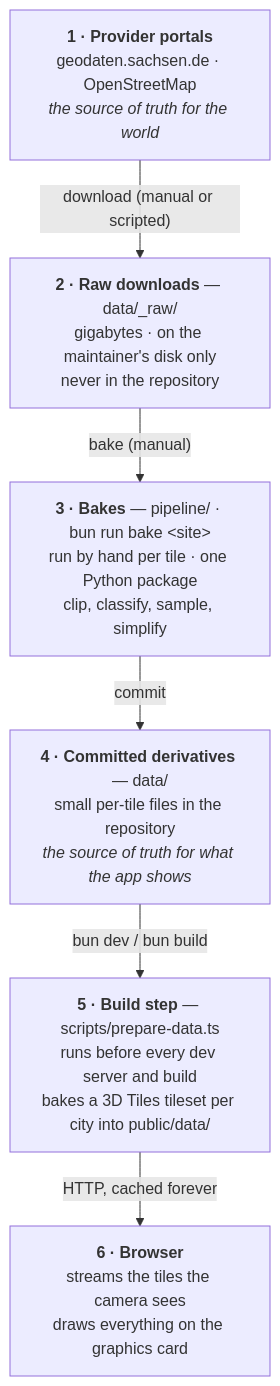
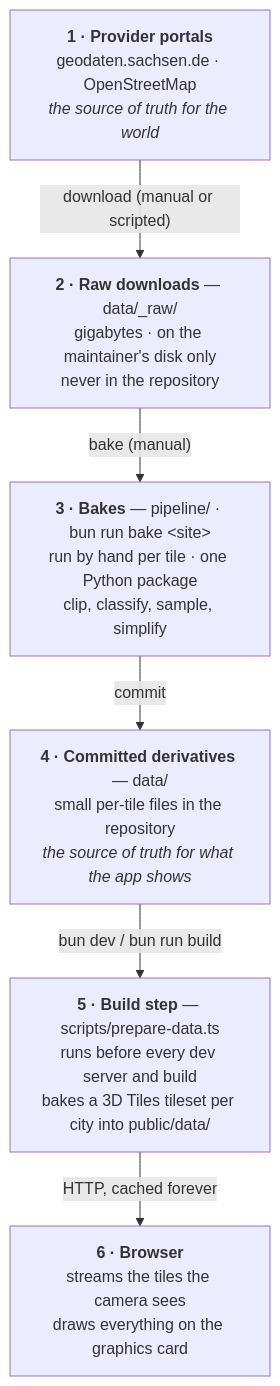
The first of 2 diagrams in docs/guide/en/data-journey.md (mdugue/bridge), drawn with Mermaid before and after one commit. The commit also changed other lines of this file and 37 other files, not shown here.

````diff
--- a/docs/guide/en/data-journey.md
+++ b/docs/guide/en/data-journey.md
@@ -13,14 +13,14 @@
 ```mermaid
 flowchart TB
   S1["<b>1 · Provider portals</b><br/>geodaten.sachsen.de · OpenStreetMap<br/><i>the source of truth for the world</i>"]
   S2["<b>2 · Raw downloads</b> — data/_raw/<br/>gigabytes · on the maintainer's disk only<br/>never in the repository"]
   S3["<b>3 · Bakes</b> — pipeline/ · bun run bake &lt;site&gt;<br/>run by hand per tile · one Python package<br/>clip, classify, sample, simplify"]
   S4["<b>4 · Committed derivatives</b> — data/<br/>small per-tile files in the repository<br/><i>the source of truth for what the app shows</i>"]
   S5["<b>5 · Build step</b> — scripts/prepare-data.ts<br/>runs before every dev server and build<br/>bakes a 3D Tiles tileset per city into public/data/"]
   S6["<b>6 · Browser</b><br/>streams the tiles the camera sees<br/>draws everything on the graphics card"]
   S1 -->|"download (manual or scripted)"| S2
   S2 -->|"bake (manual)"| S3
   S3 -->|"commit"| S4
-  S4 -->|"bun dev / bun build"| S5
+  S4 -->|"bun dev / bun run build"| S5
   S5 -->|"HTTP, cached forever"| S6
 ```
````
